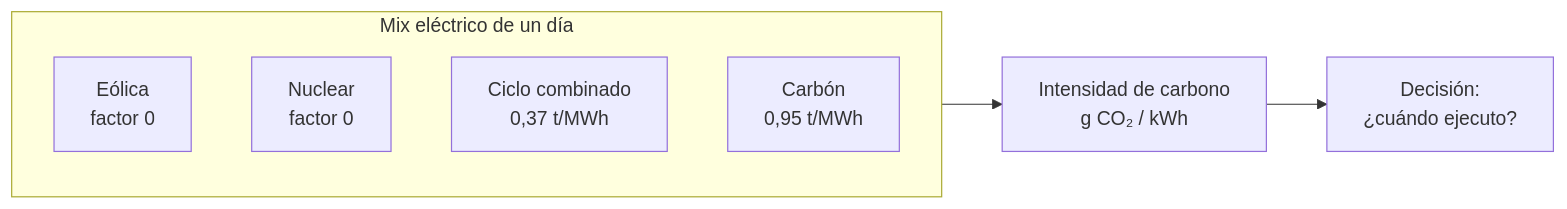
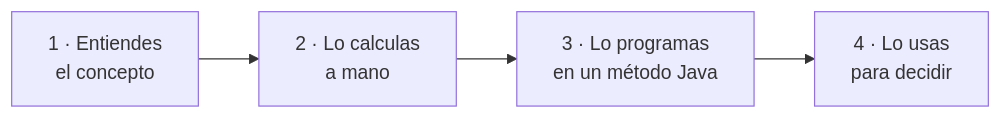
One commit to campusdevfp/sost2627 changed the first of 3 diagrams in docs/ut2/index.md. Above: the diagram before and after it, drawn with Mermaid. The commit also changed other lines of this file and 10 other files, not shown here.

````diff
--- a/docs/ut2/index.md
+++ b/docs/ut2/index.md
@@ -23,11 +9,4 @@
 ```mermaid
 flowchart LR
-    subgraph MIX["Mix eléctrico de un día"]
-        E[Eólica<br/>factor 0] 
-        N[Nuclear<br/>factor 0]
-        C[Ciclo combinado<br/>0,37 t/MWh]
-        K[Carbón<br/>0,95 t/MWh]
-    end
-    MIX --> I["Intensidad de carbono<br/>g CO₂ / kWh"]
-    I --> D["Decisión:<br/>¿cuándo ejecuto?"]
+    A["1 · Entiendes<br/>el concepto"] --> B["2 · Lo calculas<br/>a mano"] --> C["3 · Lo programas<br/>en un método Java"] --> D["4 · Lo usas<br/>para decidir"]
 ```
````
